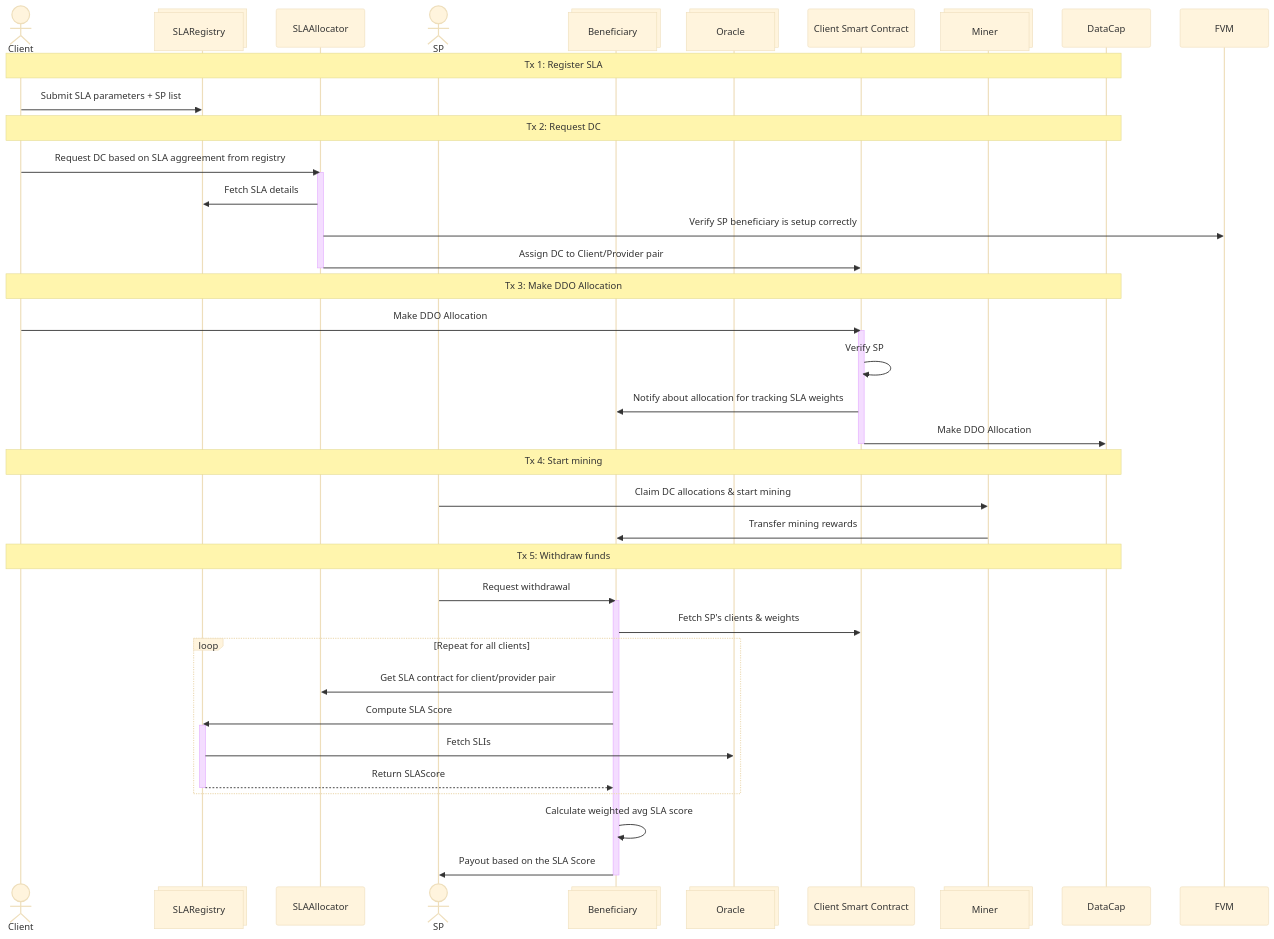
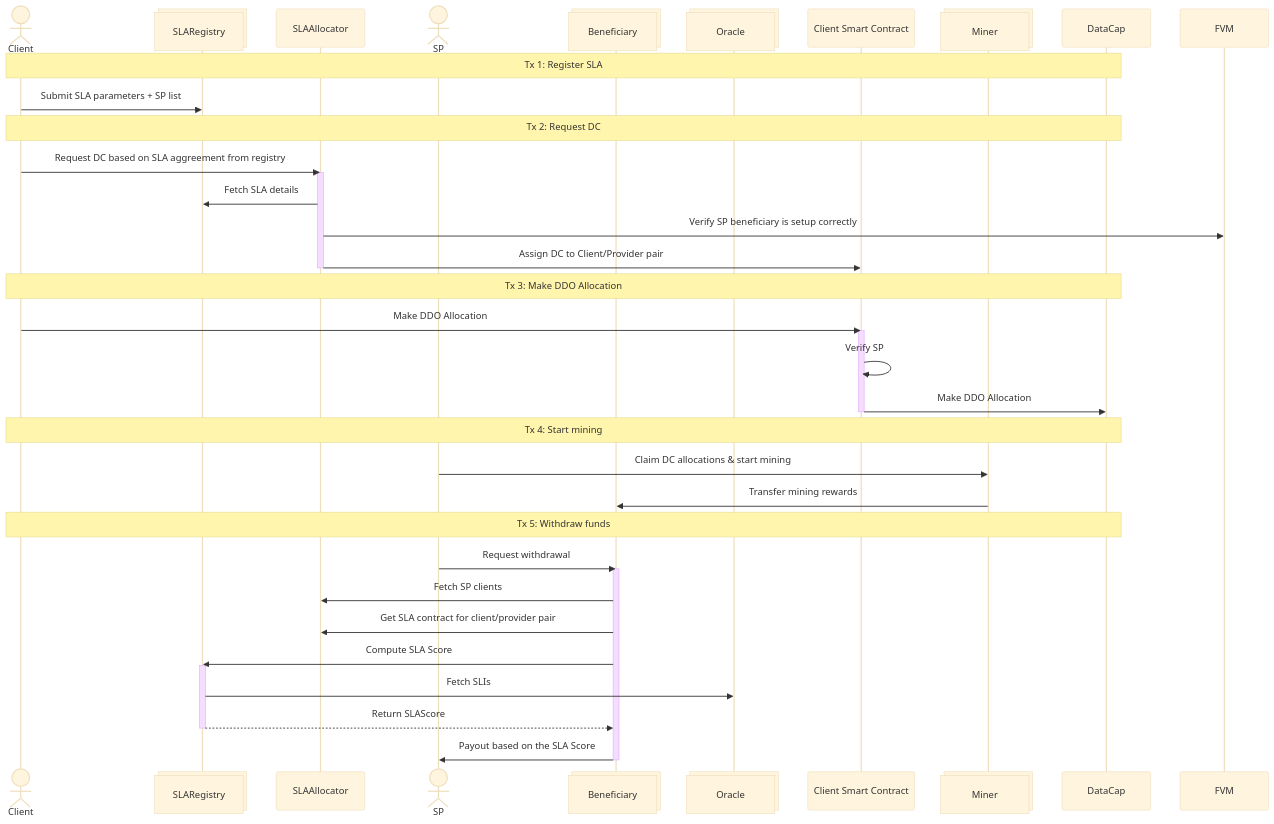
One commit to kacperzuk-neti/sla-allocator-contracts changed the first of 2 diagrams in README_single_client_per_sp.md. Above: the diagram before and after it, drawn with Mermaid (base theme). The commit also changed other lines of this file, not shown here.

First line of the commit message:
Update README to reflect single client per SP requirement

````diff
--- a/README_single_client_per_sp.md
+++ b/README_single_client_per_sp.md
@@ -194,54 +188,49 @@
 ```mermaid
 sequenceDiagram
   actor Client
   participant SLARegistry@{ "type" : "collections" }
   participant SLAAllocator
   actor SP
   participant Beneficiary@{ "type" : "collections" }
   participant Oracle@{ "type" : "collections" }
   participant ClientSC as Client Smart Contract
   participant Miner@{ "type" : "collections" }
 
 note over Client,DataCap: Tx 1: Register SLA
   Client->>SLARegistry: Submit SLA parameters + SP list
 
 note over Client,DataCap: Tx 2: Request DC
   Client->>SLAAllocator: Request DC based on SLA aggreement from registry
   activate SLAAllocator
   SLAAllocator->>SLARegistry: Fetch SLA details
 
   SLAAllocator->>FVM: Verify SP beneficiary is setup correctly
   SLAAllocator->>ClientSC: Assign DC to Client/Provider pair
   deactivate SLAAllocator
 
 note over Client,DataCap: Tx 3: Make DDO Allocation
   Client->>ClientSC: Make DDO Allocation
   activate ClientSC
   ClientSC->>ClientSC: Verify SP
-  ClientSC->>Beneficiary: Notify about allocation for tracking SLA weights
   ClientSC->>DataCap: Make DDO Allocation
   deactivate ClientSC
 
 note over Client,DataCap: Tx 4: Start mining
   SP->>Miner: Claim DC allocations & start mining
   Miner->>Beneficiary: Transfer mining rewards
   
 note over Client,DataCap: Tx 5: Withdraw funds
   SP->>Beneficiary: Request withdrawal
   activate Beneficiary
   
-  Beneficiary->>ClientSC: Fetch SP's clients & weights
-  loop Repeat for all clients
+  Beneficiary->>SLAAllocator: Fetch SP clients
   Beneficiary->>SLAAllocator: Get SLA contract for client/provider pair
   Beneficiary->>SLARegistry: Compute SLA Score
   activate SLARegistry
   SLARegistry->>Oracle: Fetch SLIs
   SLARegistry-->>Beneficiary: Return SLAScore
   deactivate SLARegistry
-  end
-  
-  Beneficiary->>Beneficiary: Calculate weighted avg SLA score
 
   Beneficiary->>SP: Payout based on the SLA Score
   deactivate Beneficiary
 ```
````
